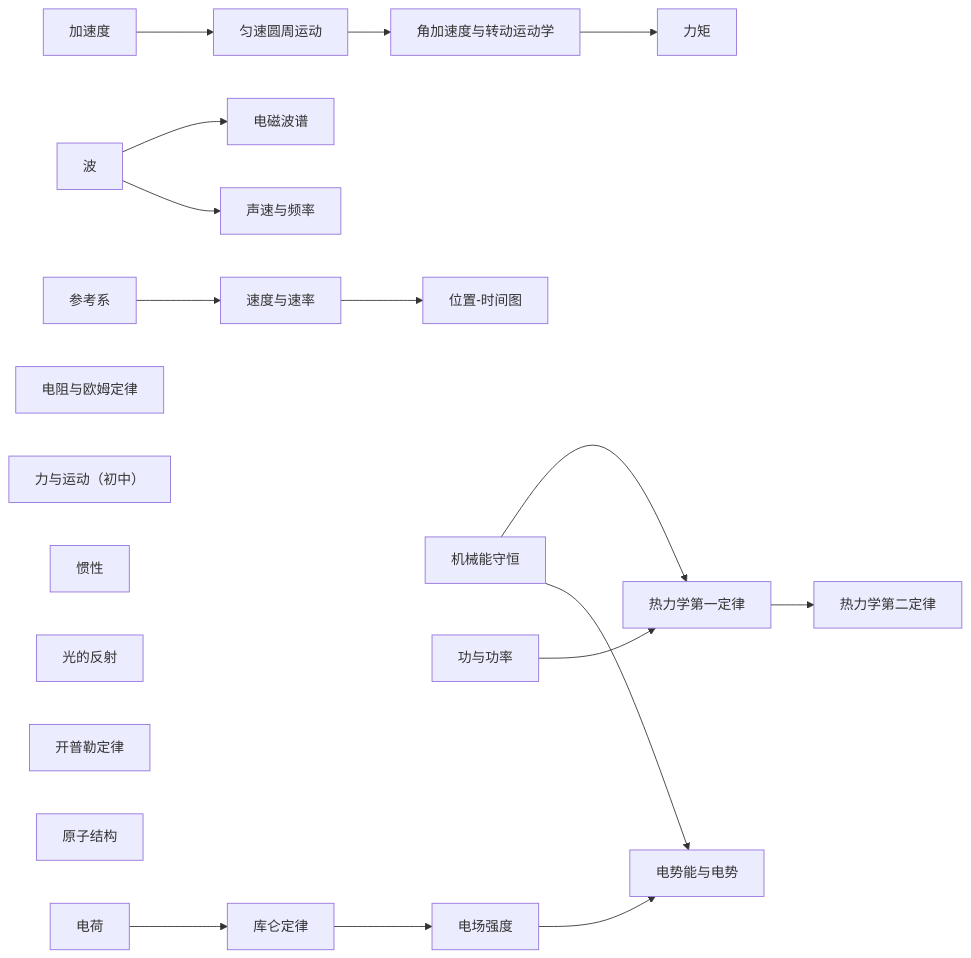
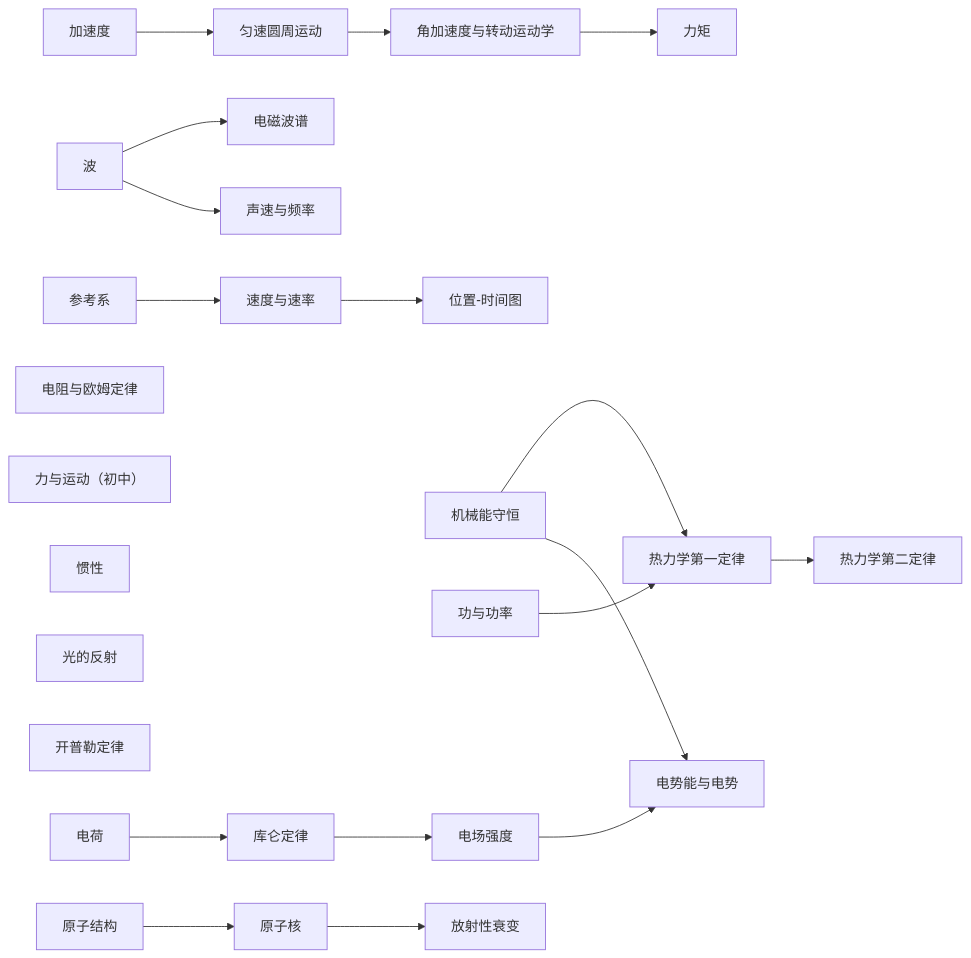
One commit to hpleapfrog/Scholia changed the first of 2 diagrams in knowledge/physics/README.en.md. Above: the diagram before and after it, drawn with Mermaid. The commit also changed other lines of this file and 18 other files, not shown here.

````diff
--- a/knowledge/physics/README.en.md
+++ b/knowledge/physics/README.en.md
@@ -7,20 +7,21 @@
 ```mermaid
 graph LR
   W["波"] --> A["声速与频率"]
   AC["加速度"] --> UCM["匀速圆周运动"]
   UCM --> RA["角加速度与转动运动学"] --> TQ["力矩"]
   W --> M["电磁波谱"]
   F["参考系"] --> S["速度与速率"] --> P["位置-时间图"]
   R["电阻与欧姆定律"]
   N["力与运动（初中）"]
   I["惯性"]
   L["光的反射"]
   E["机械能守恒"]
   K["开普勒定律"]
   AT["原子结构"]
   WP["功与功率"]
   CH["电荷"] --> CL["库仑定律"] --> EF["电场强度"] --> EP["电势能与电势"]
   E --> EP
   WP --> T1["热力学第一定律"] --> T2["热力学第二定律"]
   E --> T1
+  AT --> AN["原子核"] --> RD["放射性衰变"]
 ```
````
